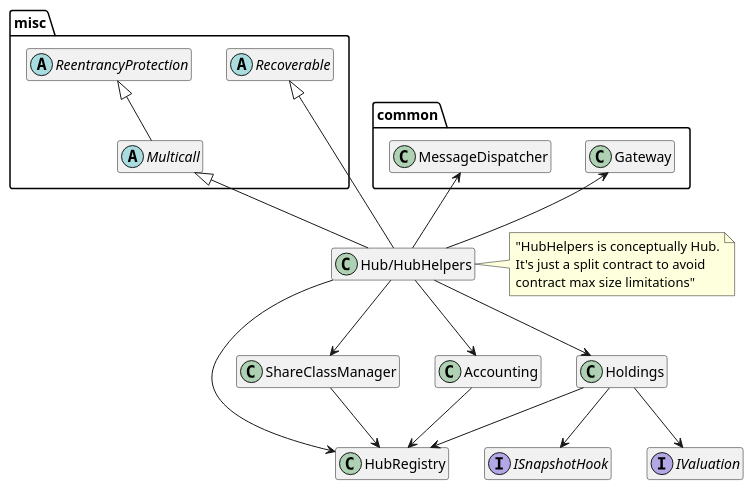
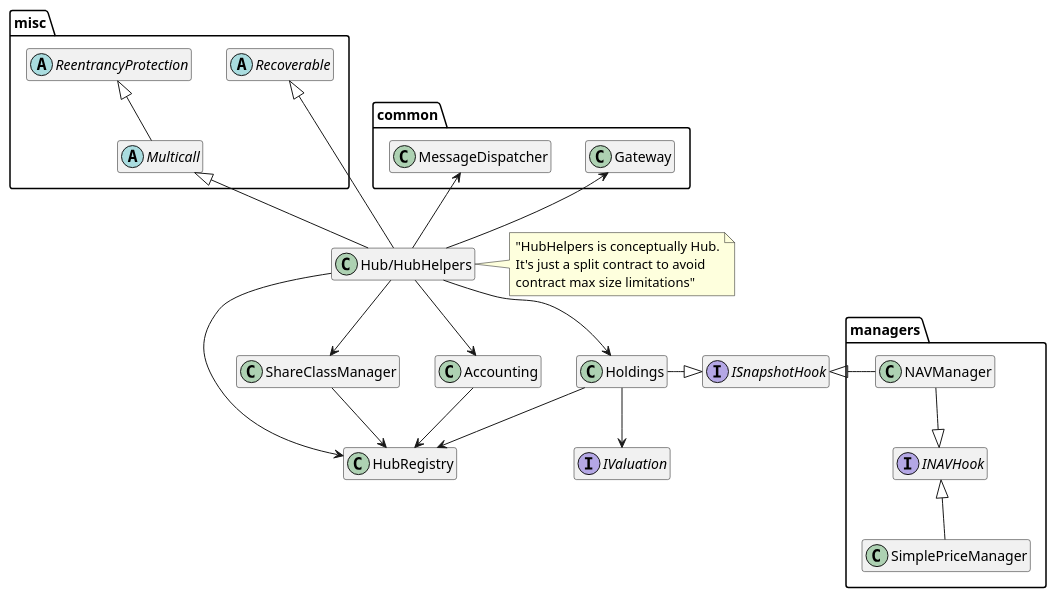
Before and after one commit to centrifuge/protocol: the diagram in docs/architecture/hub.puml, drawn with PlantUML.

Commit message:
Update hub diagram

```diff
--- a/docs/architecture/hub.puml
+++ b/docs/architecture/hub.puml
@@ -1,43 +1,53 @@
 @startuml
 hide empty members
 
 package misc {
     abstract Multicall
     abstract ReentrancyProtection
     abstract Recoverable
 }
 
 package common {
     class MessageDispatcher
     class Gateway
+}
+
+package managers {
+    class NAVManager
+    class SimplePriceManager
+    interface INAVHook
 }
 
 class Holdings
 class HubRegistry
 class ShareClassManager
 class Accounting
 class "Hub/HubHelpers" as Hub
 
 note right of Hub: "HubHelpers is conceptually Hub.\nIt's just a split contract to avoid\ncontract max size limitations"
 
 interface ISnapshotHook
 interface IValuation
 
 Hub -up-|> Multicall
 Multicall -up-|> ReentrancyProtection
 Hub -up-|> Recoverable
 
 Hub --> Holdings
 Hub --> HubRegistry
 Hub --> ShareClassManager
 Hub --> Accounting
 Hub -up-> MessageDispatcher
 Hub -up-> Gateway
 Holdings --> IValuation
-Holdings --> ISnapshotHook
+Holdings -|> ISnapshotHook
+
+NAVManager -|> ISnapshotHook
+NAVManager -down-|> INAVHook
+SimplePriceManager -up-|> INAVHook
 
 Holdings --> HubRegistry
 ShareClassManager --> HubRegistry
 Accounting --> HubRegistry
 
 @enduml
```
